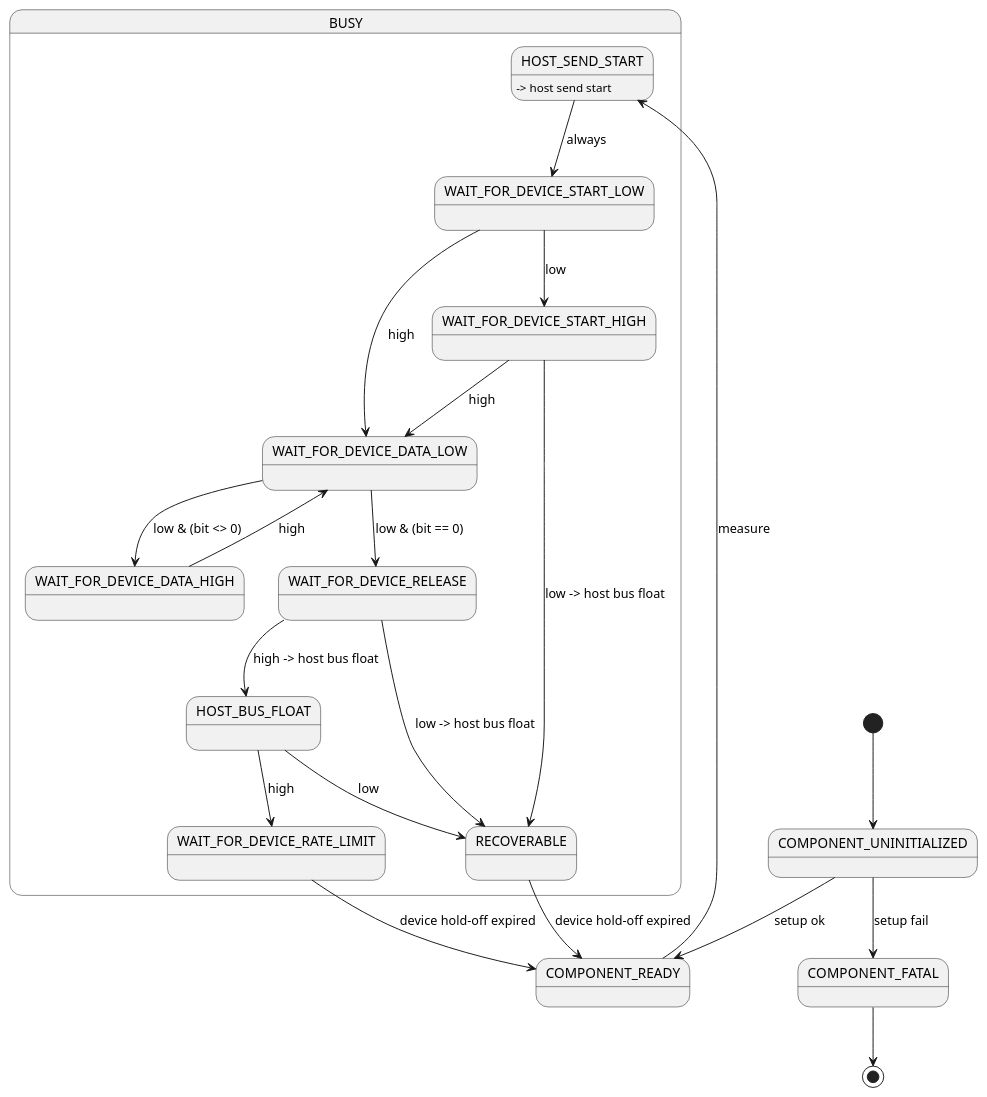
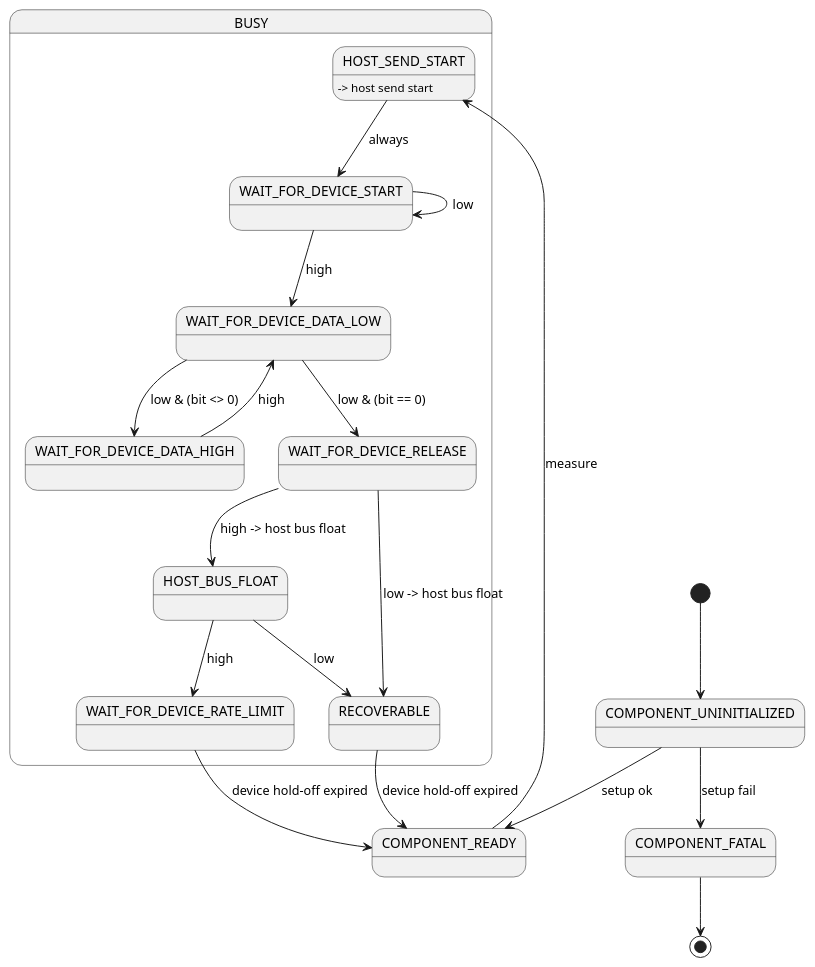
One commit to johanvdp/kweker changed the diagram in components/am2301/AM2301_interface.adoc. Above: the diagram before and after it, drawn with PlantUML.

Commit message:
make AM2301 state diagram match implementation

```diff
--- a/components/am2301/AM2301_interface.adoc
+++ b/components/am2301/AM2301_interface.adoc
@@ -60,38 +60,35 @@
 [plantuml,States,format=png]
 ....
 @startuml
 
 state BUSY  {
 	HOST_SEND_START : -> host send start
-	WAIT_FOR_DEVICE_START_LOW :
-	WAIT_FOR_DEVICE_START_HIGH :
+	WAIT_FOR_DEVICE_START :
 	WAIT_FOR_DEVICE_DATA_LOW :
 	WAIT_FOR_DEVICE_DATA_HIGH :
 	WAIT_FOR_DEVICE_RELEASE :
 	HOST_BUS_FLOAT : 
 	WAIT_FOR_DEVICE_RATE_LIMIT :
 	RECOVERABLE :
 }
 
 [*] --> COMPONENT_UNINITIALIZED
 COMPONENT_UNINITIALIZED --> COMPONENT_READY : setup ok
 COMPONENT_UNINITIALIZED --> COMPONENT_FATAL : setup fail
 COMPONENT_READY -> HOST_SEND_START : measure
-HOST_SEND_START --> WAIT_FOR_DEVICE_START_LOW : always
-WAIT_FOR_DEVICE_START_LOW --> WAIT_FOR_DEVICE_START_HIGH : low
-WAIT_FOR_DEVICE_START_LOW -> WAIT_FOR_DEVICE_DATA_LOW : high
-WAIT_FOR_DEVICE_START_HIGH --> RECOVERABLE : low -> host bus float
-WAIT_FOR_DEVICE_START_HIGH --> WAIT_FOR_DEVICE_DATA_LOW : high
+HOST_SEND_START --> WAIT_FOR_DEVICE_START : always
+WAIT_FOR_DEVICE_START --> WAIT_FOR_DEVICE_DATA_LOW : high
+WAIT_FOR_DEVICE_START --> WAIT_FOR_DEVICE_START : low
 WAIT_FOR_DEVICE_DATA_LOW --> WAIT_FOR_DEVICE_DATA_HIGH : low & (bit <> 0)
 WAIT_FOR_DEVICE_DATA_LOW --> WAIT_FOR_DEVICE_RELEASE : low & (bit == 0)
 WAIT_FOR_DEVICE_DATA_HIGH --> WAIT_FOR_DEVICE_DATA_LOW : high
 WAIT_FOR_DEVICE_RELEASE --> RECOVERABLE : low -> host bus float
 WAIT_FOR_DEVICE_RELEASE --> HOST_BUS_FLOAT : high -> host bus float
 HOST_BUS_FLOAT --> WAIT_FOR_DEVICE_RATE_LIMIT : high
 HOST_BUS_FLOAT --> RECOVERABLE : low
 WAIT_FOR_DEVICE_RATE_LIMIT --> COMPONENT_READY : device hold-off expired
 RECOVERABLE --> COMPONENT_READY : device hold-off expired
 COMPONENT_FATAL --> [*]
 
 @endum
 ....
```
